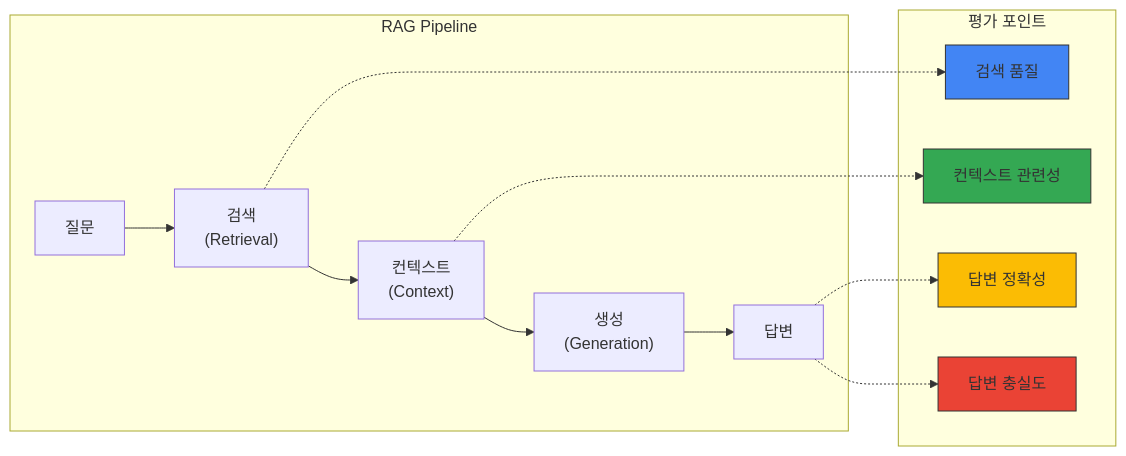
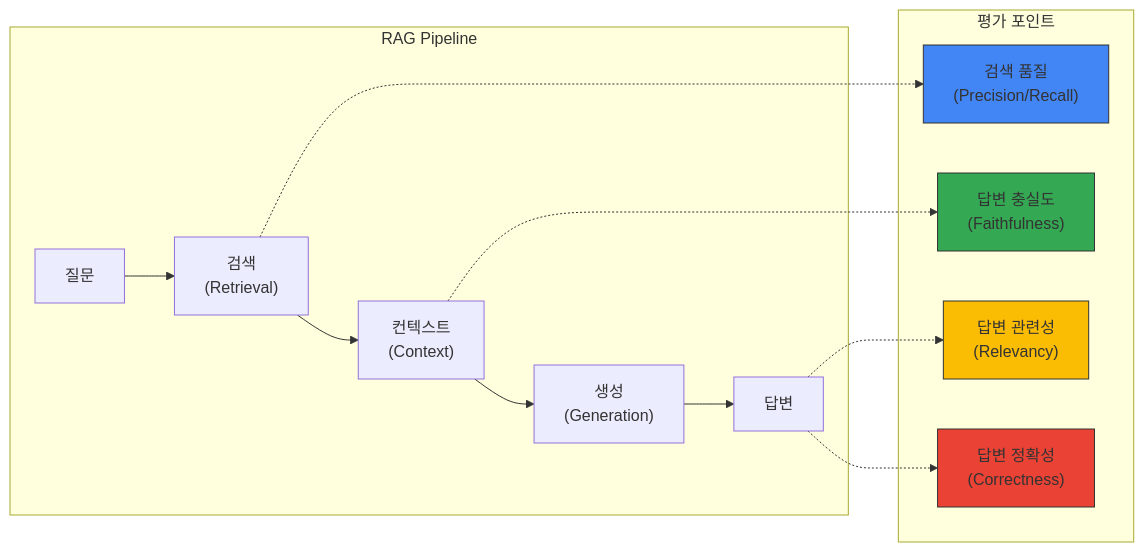
One commit to devfloor9/engineering-playbook changed the first of 2 diagrams in docs/agentic-ai-platform/ragas-evaluation.md. Above: the diagram before and after it, drawn with Mermaid. The commit also changed other lines of this file and 202 other files, not shown here.

````diff
--- a/docs/agentic-ai-platform/ragas-evaluation.md
+++ b/docs/agentic-ai-platform/ragas-evaluation.md
@@ -25,32 +27,32 @@
 ```mermaid
 graph LR
     subgraph "RAG Pipeline"
         Q["질문"]
         R["검색<br/>(Retrieval)"]
         C["컨텍스트<br/>(Context)"]
         G["생성<br/>(Generation)"]
         A["답변"]
     end
     
     subgraph "평가 포인트"
-        E1["검색 품질"]
-        E2["컨텍스트 관련성"]
-        E3["답변 정확성"]
-        E4["답변 충실도"]
+        E1["검색 품질<br/>(Precision/Recall)"]
+        E2["답변 충실도<br/>(Faithfulness)"]
+        E3["답변 관련성<br/>(Relevancy)"]
+        E4["답변 정확성<br/>(Correctness)"]
     end
     
     Q --> R
     R --> C
     C --> G
     G --> A
     
     R -.-> E1
     C -.-> E2
     A -.-> E3
     A -.-> E4
     
     style E1 fill:#4285f4,stroke:#333
     style E2 fill:#34a853,stroke:#333
     style E3 fill:#fbbc04,stroke:#333
     style E4 fill:#ea4335,stroke:#333
 ```
````
